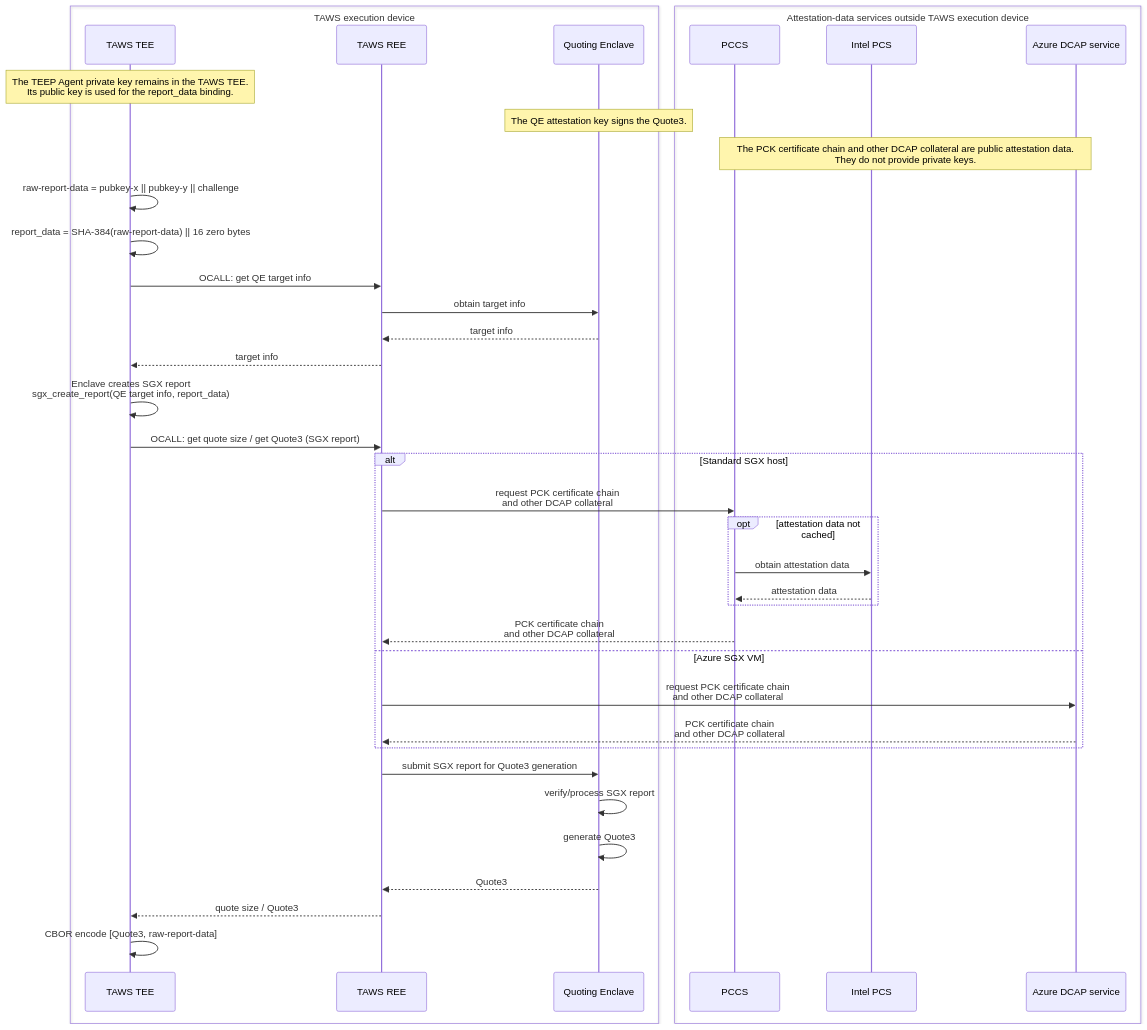
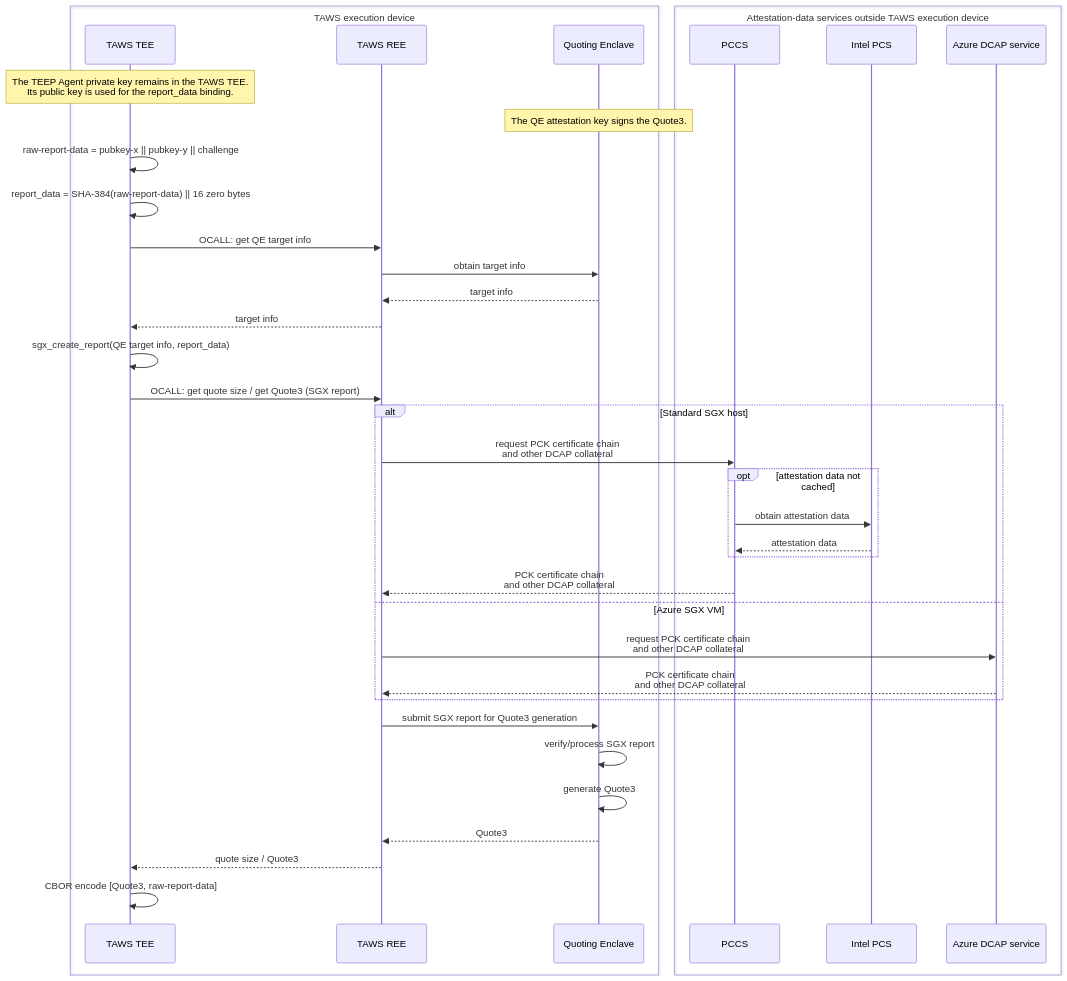
The diagram in doc/evidence-generation.md (yuma-nishi/taws), drawn with Mermaid before and after one commit. The commit also changed other lines of this file, not shown here.

````diff
--- a/doc/evidence-generation.md
+++ b/doc/evidence-generation.md
@@ -58,43 +47,42 @@
 ```mermaid
 sequenceDiagram
     box TAWS execution device
         participant EG as TAWS TEE
         participant QGA as TAWS REE
         participant QE as Quoting Enclave
     end
     box Attestation-data services outside TAWS execution device
         participant PCCS as PCCS
         participant PCS as Intel PCS
         participant Azure as Azure DCAP service
     end
 
     Note over EG: The TEEP Agent private key remains in the TAWS TEE.<br/>Its public key is used for the report_data binding.
     Note over QE: The QE attestation key signs the Quote3.
-    Note over PCCS,Azure: The PCK certificate chain and other DCAP collateral are public attestation data.<br/>They do not provide private keys.
 
     EG->>EG: raw-report-data = pubkey-x || pubkey-y || challenge
     EG->>EG: report_data = SHA-384(raw-report-data) || 16 zero bytes
     EG->>QGA: OCALL: get QE target info
     QGA->>QE: obtain target info
     QE-->>QGA: target info
     QGA-->>EG: target info
-    EG->>EG: Enclave creates SGX report<br/>sgx_create_report(QE target info, report_data)
+    EG->>EG: sgx_create_report(QE target info, report_data)
     EG->>QGA: OCALL: get quote size / get Quote3 (SGX report)
     alt Standard SGX host
         QGA->>PCCS: request PCK certificate chain<br/>and other DCAP collateral
         opt attestation data not cached
             PCCS->>PCS: obtain attestation data
             PCS-->>PCCS: attestation data
         end
         PCCS-->>QGA: PCK certificate chain<br/>and other DCAP collateral
     else Azure SGX VM
         QGA->>Azure: request PCK certificate chain<br/>and other DCAP collateral
         Azure-->>QGA: PCK certificate chain<br/>and other DCAP collateral
     end
     QGA->>QE: submit SGX report for Quote3 generation
     QE->>QE: verify/process SGX report
     QE->>QE: generate Quote3
     QE-->>QGA: Quote3
     QGA-->>EG: quote size / Quote3
     EG->>EG: CBOR encode [Quote3, raw-report-data]
 ```
````
